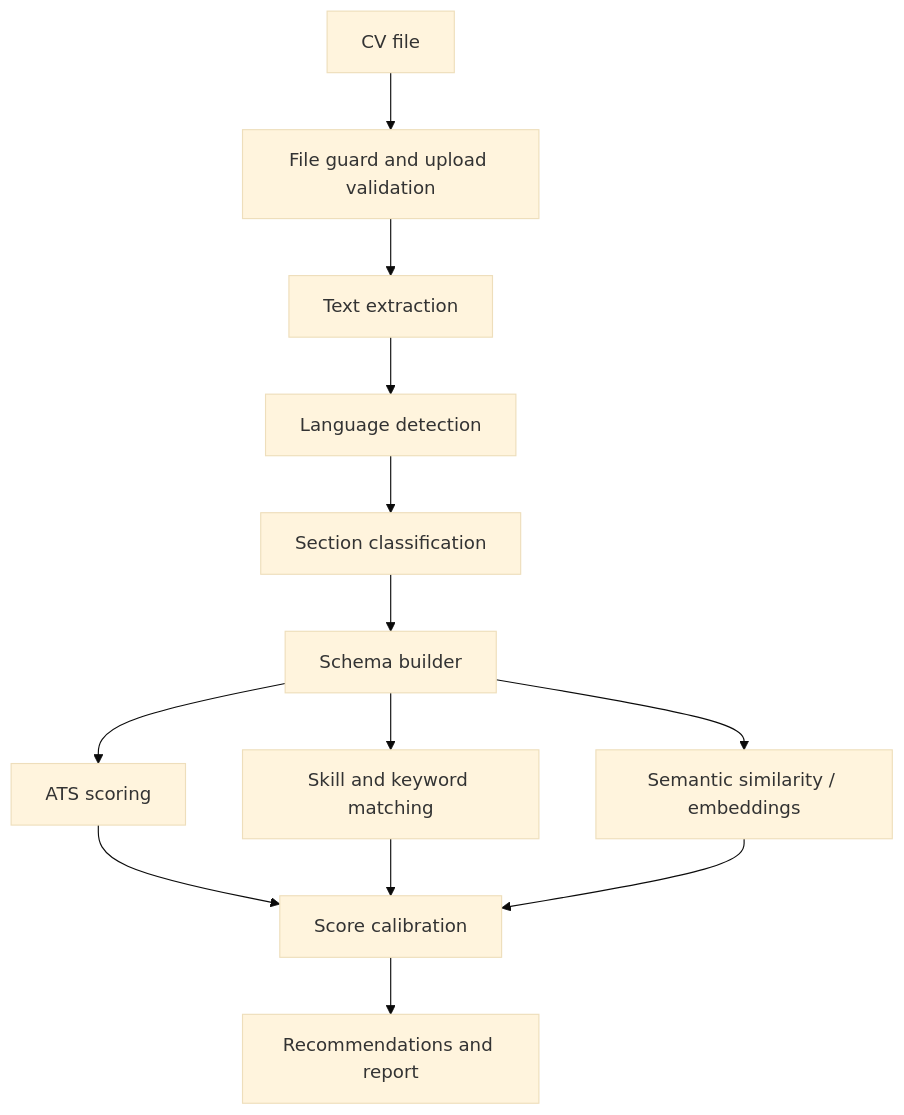
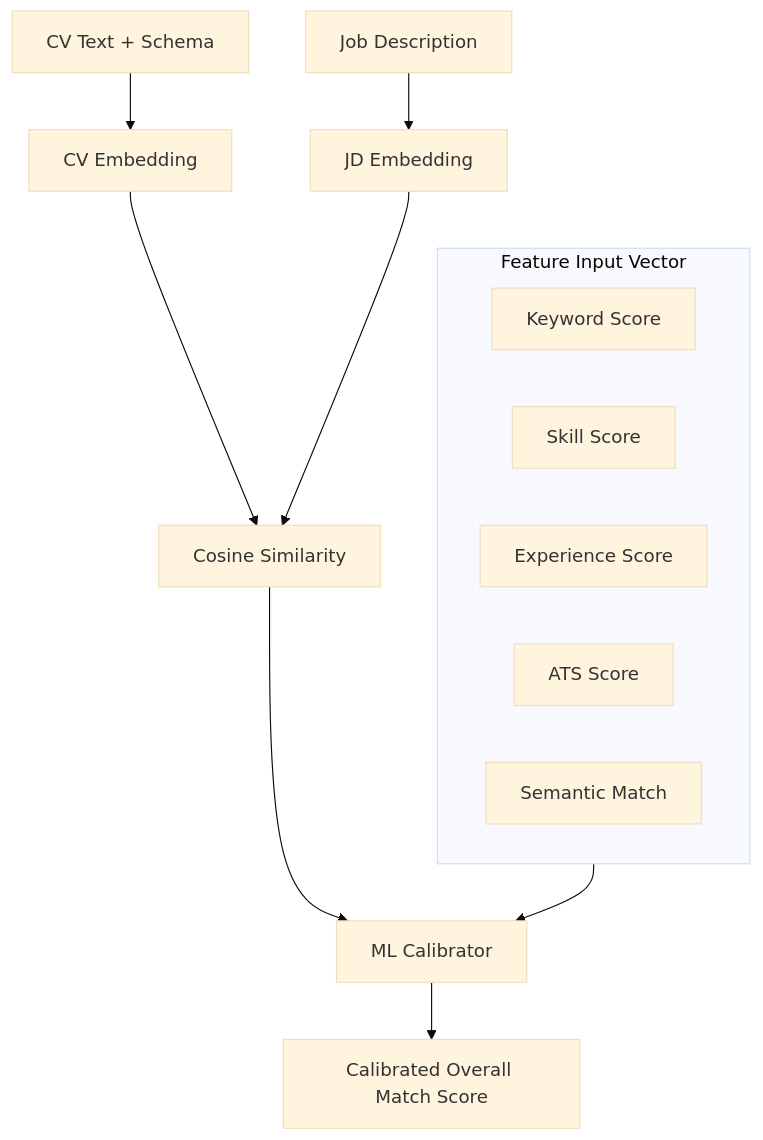
Before and after one commit to SercanOzkan55/CV-Analyzer: the second of 2 diagrams in README.md, drawn with Mermaid (base theme). The commit also changed other lines of this file and 399 other files, not shown here.

````diff
--- a/README.md
+++ b/README.md
@@ -368,15 +492,21 @@
 ```mermaid
 flowchart TD
-  A["CV file"] --> B["File guard and upload validation"]
-  B --> C["Text extraction"]
-  C --> D["Language detection"]
-  D --> E["Section classification"]
-  E --> F["Schema builder"]
-  F --> G["ATS scoring"]
-  F --> H["Skill and keyword matching"]
-  F --> I["Semantic similarity / embeddings"]
-  G --> J["Score calibration"]
-  H --> J
-  I --> J
-  J --> K["Recommendations and report"]
+  cv["CV Text + Schema"] --> cv_emb["CV Embedding"]
+  jd["Job Description"] --> jd_emb["JD Embedding"]
+
+  cv_emb --> cos["Cosine Similarity"]
+  jd_emb --> cos
+
+  cos --> blend["ML Calibrator"]
+
+  subgraph Features ["Feature Input Vector"]
+    feat1["Keyword Score"]
+    feat2["Skill Score"]
+    feat3["Experience Score"]
+    feat4["ATS Score"]
+    feat5["Semantic Match"]
+  end
+
+  Features --> blend
+  blend --> calibrated["Calibrated Overall Match Score"]
 ```
````
